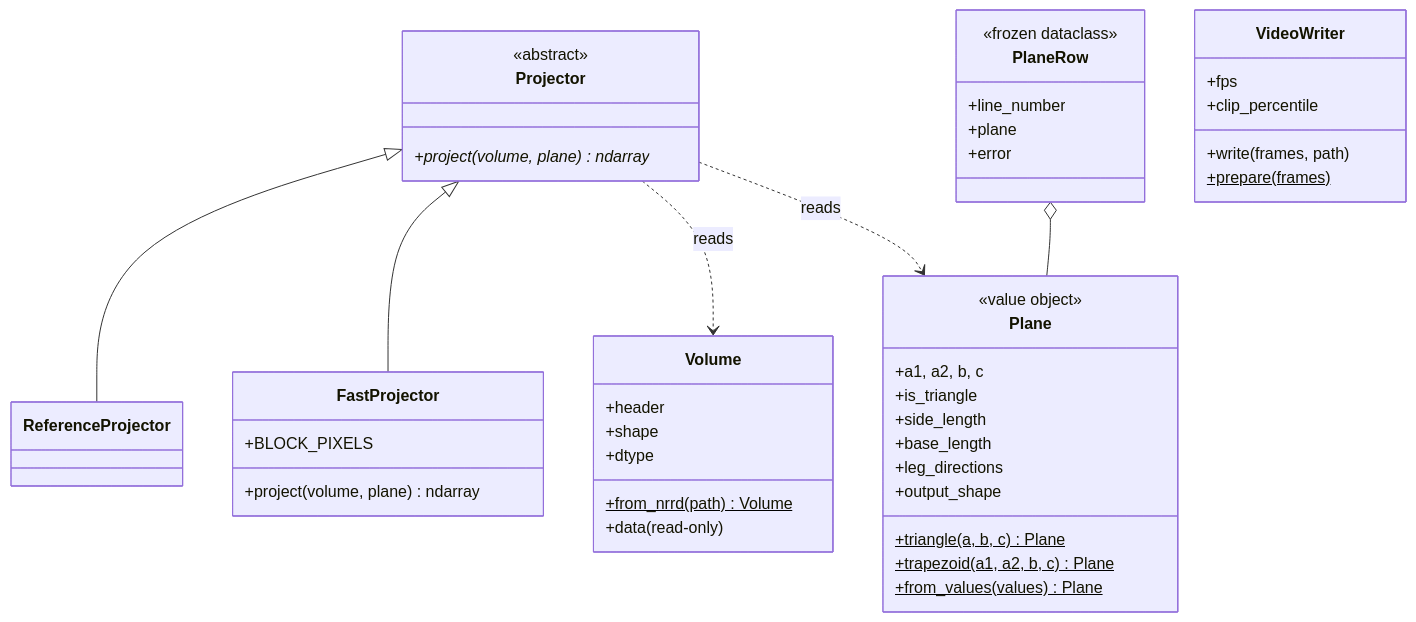
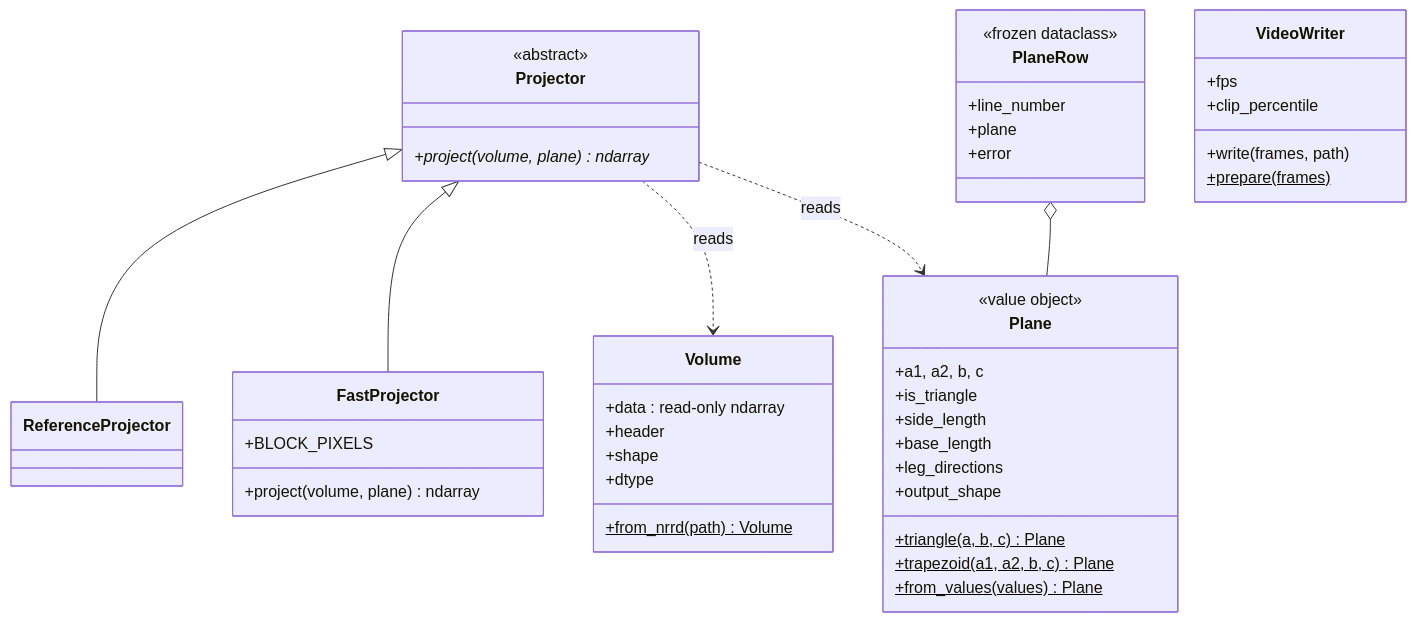
Before and after one commit to shiral2571-alt/SoftwareEngineering_Ex1: the second of 2 diagrams in docs/DESIGN.md, drawn with Mermaid.

Commit message:
Show Volume.data as a field in the class diagram

````diff
--- a/docs/DESIGN.md
+++ b/docs/DESIGN.md
@@ -30,48 +30,48 @@
 ```mermaid
 classDiagram
     class Plane {
         <<value object>>
         +triangle(a, b, c)$ Plane
         +trapezoid(a1, a2, b, c)$ Plane
         +from_values(values)$ Plane
         +a1, a2, b, c
         +is_triangle
         +side_length
         +base_length
         +leg_directions
         +output_shape
     }
     class Volume {
         +from_nrrd(path)$ Volume
-        +data (read-only)
+        +data : read-only ndarray
         +header
         +shape
         +dtype
     }
     class Projector {
         <<abstract>>
         +project(volume, plane)* ndarray
     }
     class ReferenceProjector
     class FastProjector {
         +BLOCK_PIXELS
         +project(volume, plane) ndarray
     }
     class PlaneRow {
         <<frozen dataclass>>
         +line_number
         +plane
         +error
     }
     class VideoWriter {
         +fps
         +clip_percentile
         +write(frames, path)
         +prepare(frames)$
     }
     Projector <|-- ReferenceProjector
     Projector <|-- FastProjector
     Projector ..> Volume : reads
     Projector ..> Plane : reads
     PlaneRow o-- Plane
 ```
````
